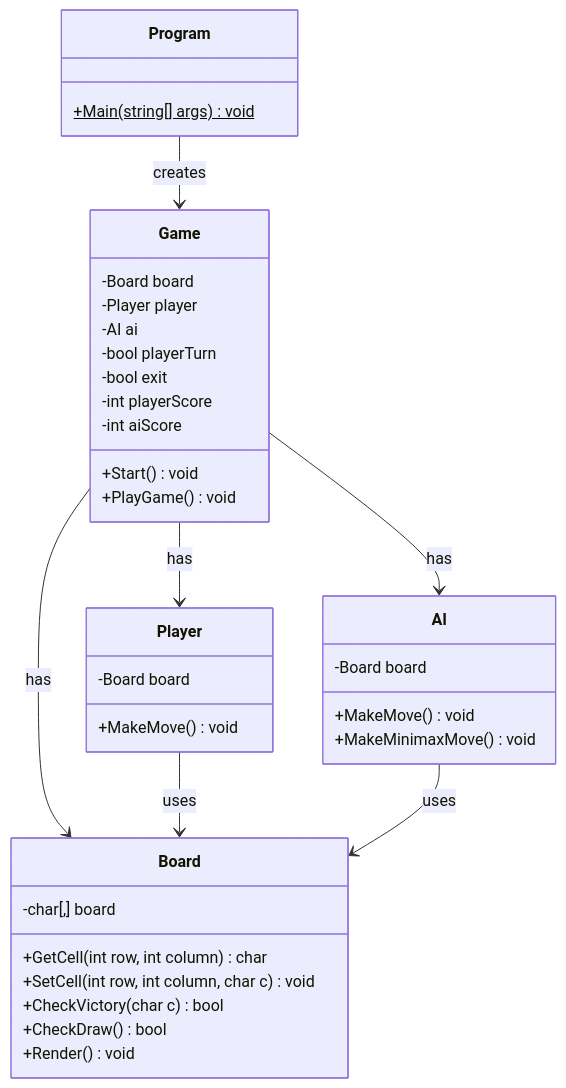
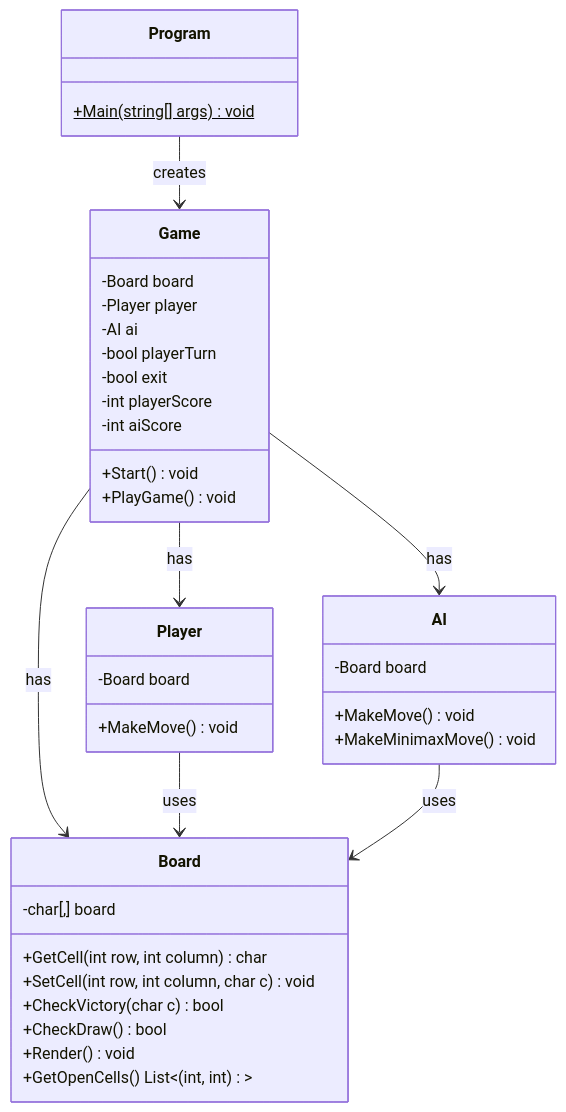
The diagram in README.md (pulgaCS/TicTacToe), drawn with Mermaid before and after one commit.

````diff
--- a/README.md
+++ b/README.md
@@ -39,41 +39,42 @@
 ```mermaid
 classDiagram
     class Program {
         +Main(string[] args)$ void
     }
     class Game {
         -Board board
         -Player player
         -AI ai
         -bool playerTurn
         -bool exit
         -int playerScore
         -int aiScore
         +Start() void
         +PlayGame() void
     }
     class Board {
         -char[,] board
         +GetCell(int row, int column) char
         +SetCell(int row, int column, char c) void
         +CheckVictory(char c) bool
         +CheckDraw() bool
         +Render() void
+        +GetOpenCells() List<(int, int)>
     }
     class Player {
         -Board board
         +MakeMove() void
     }
     class AI {
         -Board board
         +MakeMove() void
         +MakeMinimaxMove() void
     }
 
     Program --> Game : creates
     Game --> Board : has
     Game --> Player : has
     Game --> AI : has
     Player --> Board : uses
     AI --> Board : uses
 ```
````
